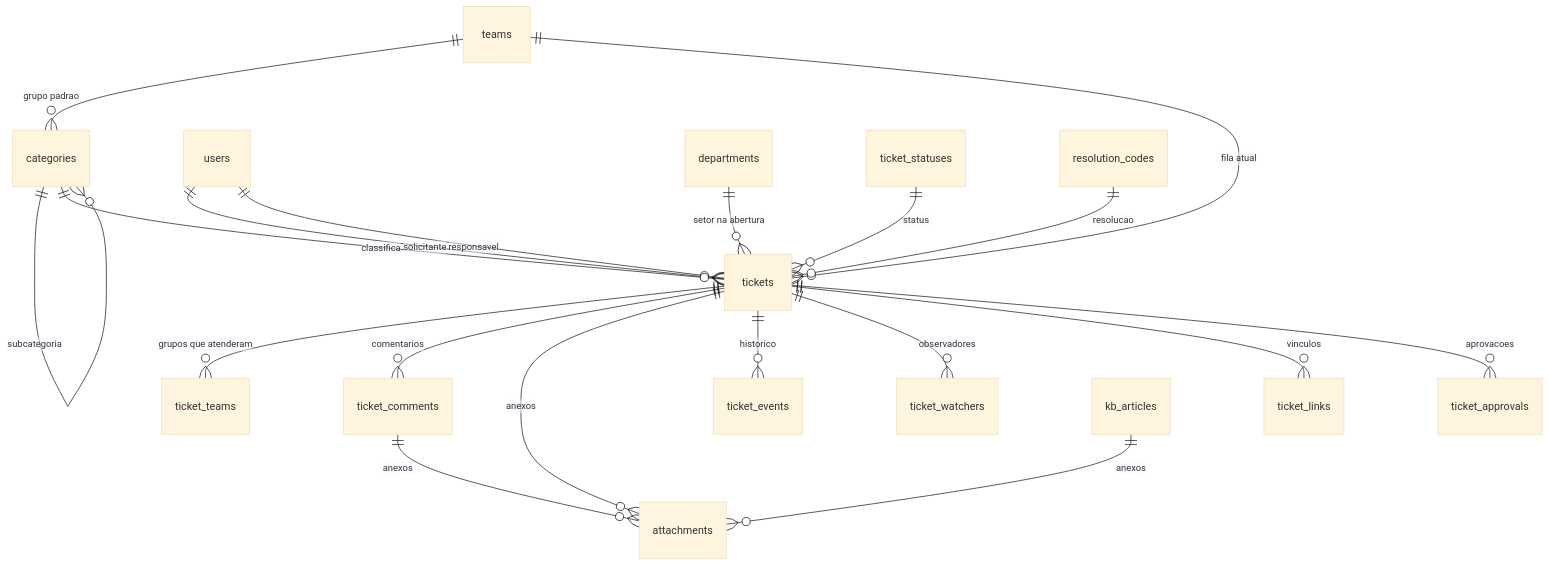
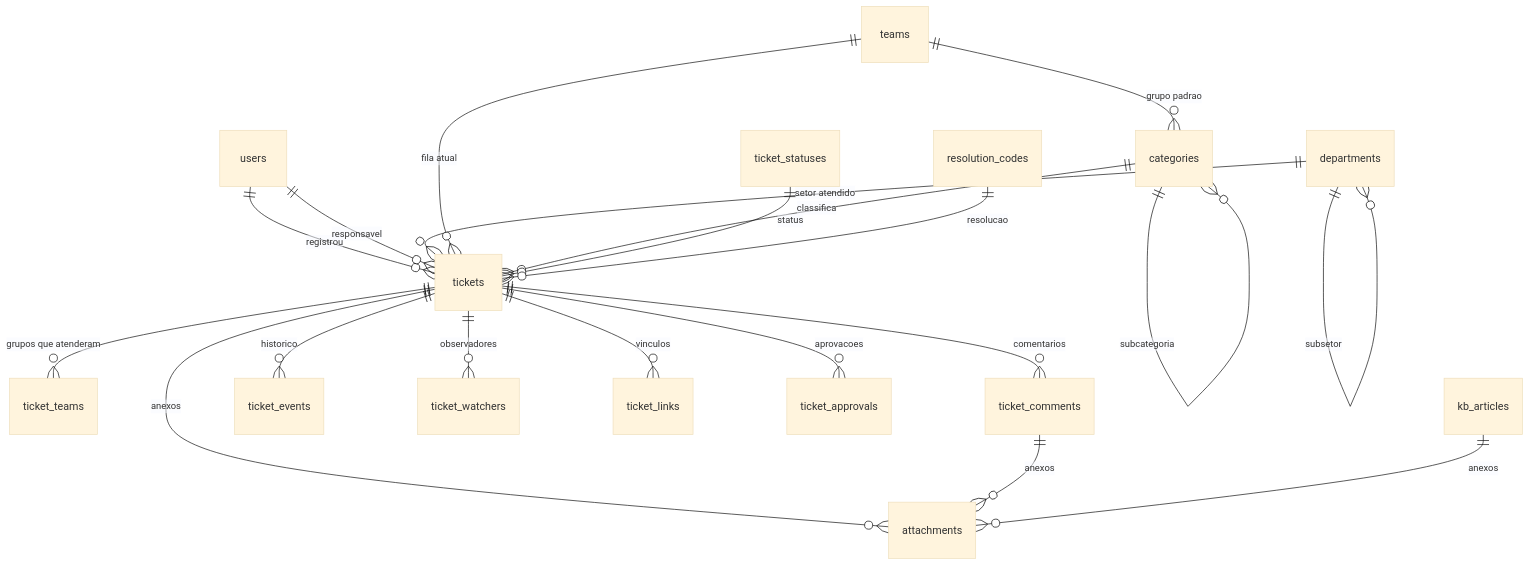
Before and after one commit to 0LB-i/ticketflow: the second of 2 diagrams in docs/04-modelo-de-dados.md, drawn with Mermaid (base theme). The commit also changed other lines of this file and 21 other files, not shown here.

````diff
--- a/docs/04-modelo-de-dados.md
+++ b/docs/04-modelo-de-dados.md
@@ -29,21 +25,22 @@
 ```mermaid
 erDiagram
     categories ||--o{ categories : subcategoria
     teams ||--o{ categories : "grupo padrao"
-    users ||--o{ tickets : solicitante
+    users ||--o{ tickets : registrou
     users ||--o{ tickets : responsavel
-    departments ||--o{ tickets : "setor na abertura"
+    departments ||--o{ departments : subsetor
+    departments ||--o{ tickets : "setor atendido"
     teams ||--o{ tickets : "fila atual"
     categories ||--o{ tickets : classifica
     ticket_statuses ||--o{ tickets : status
     resolution_codes ||--o{ tickets : resolucao
     tickets ||--o{ ticket_teams : "grupos que atenderam"
     tickets ||--o{ ticket_comments : comentarios
     tickets ||--o{ attachments : anexos
     ticket_comments ||--o{ attachments : anexos
     tickets ||--o{ ticket_events : historico
     tickets ||--o{ ticket_watchers : observadores
     tickets ||--o{ ticket_links : vinculos
     tickets ||--o{ ticket_approvals : aprovacoes
     kb_articles ||--o{ attachments : anexos
 ```
````
